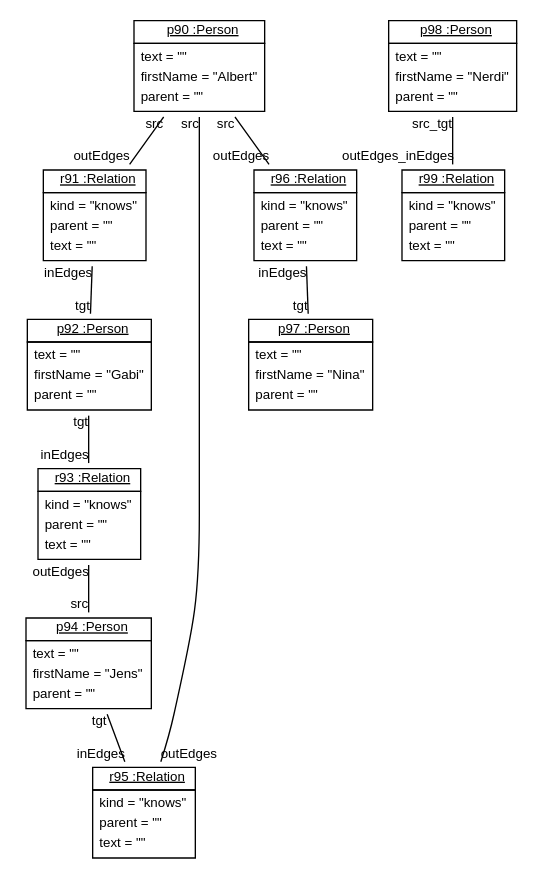
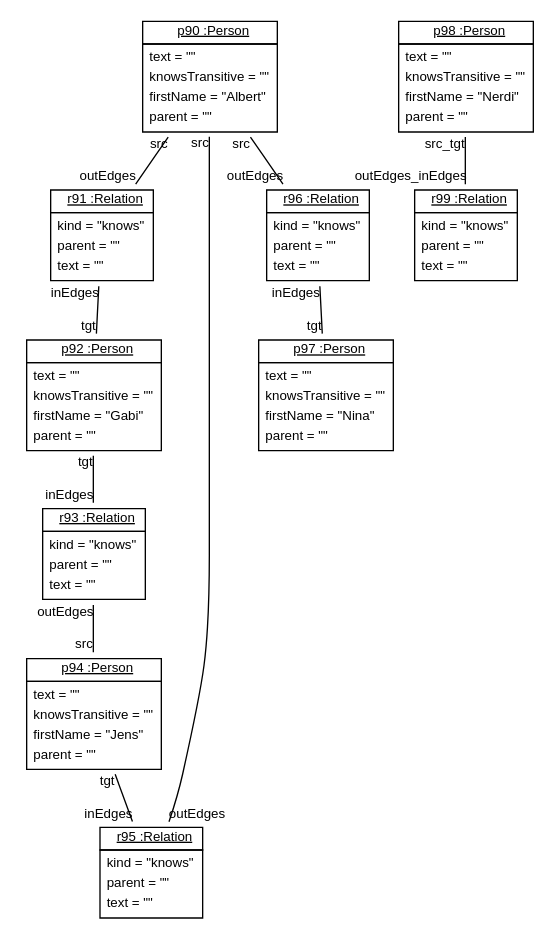
One commit to fujaba/SDMLib changed the diagram in doc/BanfM2MTransformation53.dot. Above: the diagram before and after it, drawn with Graphviz. The commit also changed 222 other files, not shown here.

```diff
--- a/doc/BanfM2MTransformation53.dot
+++ b/doc/BanfM2MTransformation53.dot
@@ -1,26 +1,26 @@
 graph ObjectDiagram {
    node [shape = none, fontsize = 10, fontname = "Arial"];
    edge [fontsize = 10, fontname = "Arial"];
    compound=true;
 
-p90 [label=<<table border='0' cellborder='1' cellspacing='0'> <tr> <td href="../examples/org/sdmlib/examples/m2m/Person.java"> <u>p90 :Person</u></td></tr><tr><td><table border='0' cellborder='0' cellspacing='0'><tr><td align='left'>text = ""</td></tr><tr><td align='left'>firstName = "Albert"</td></tr><tr><td align='left'>parent = ""</td></tr></table></td></tr></table>>];
+p90 [label=<<table border='0' cellborder='1' cellspacing='0'> <tr> <td href="../examples/org/sdmlib/examples/m2m/Person.java"> <u>p90 :Person</u></td></tr><tr><td><table border='0' cellborder='0' cellspacing='0'><tr><td align='left'>text = ""</td></tr><tr><td align='left'>knowsTransitive = ""</td></tr><tr><td align='left'>firstName = "Albert"</td></tr><tr><td align='left'>parent = ""</td></tr></table></td></tr></table>>];
 r91 [label=<<table border='0' cellborder='1' cellspacing='0'> <tr> <td href="../examples/org/sdmlib/examples/m2m/Relation.java"> <u>r91 :Relation</u></td></tr><tr><td><table border='0' cellborder='0' cellspacing='0'><tr><td align='left'>kind = "knows"</td></tr><tr><td align='left'>parent = ""</td></tr><tr><td align='left'>text = ""</td></tr></table></td></tr></table>>];
-p92 [label=<<table border='0' cellborder='1' cellspacing='0'> <tr> <td href="../examples/org/sdmlib/examples/m2m/Person.java"> <u>p92 :Person</u></td></tr><tr><td><table border='0' cellborder='0' cellspacing='0'><tr><td align='left'>text = ""</td></tr><tr><td align='left'>firstName = "Gabi"</td></tr><tr><td align='left'>parent = ""</td></tr></table></td></tr></table>>];
+p92 [label=<<table border='0' cellborder='1' cellspacing='0'> <tr> <td href="../examples/org/sdmlib/examples/m2m/Person.java"> <u>p92 :Person</u></td></tr><tr><td><table border='0' cellborder='0' cellspacing='0'><tr><td align='left'>text = ""</td></tr><tr><td align='left'>knowsTransitive = ""</td></tr><tr><td align='left'>firstName = "Gabi"</td></tr><tr><td align='left'>parent = ""</td></tr></table></td></tr></table>>];
 r93 [label=<<table border='0' cellborder='1' cellspacing='0'> <tr> <td href="../examples/org/sdmlib/examples/m2m/Relation.java"> <u>r93 :Relation</u></td></tr><tr><td><table border='0' cellborder='0' cellspacing='0'><tr><td align='left'>kind = "knows"</td></tr><tr><td align='left'>parent = ""</td></tr><tr><td align='left'>text = ""</td></tr></table></td></tr></table>>];
-p94 [label=<<table border='0' cellborder='1' cellspacing='0'> <tr> <td href="../examples/org/sdmlib/examples/m2m/Person.java"> <u>p94 :Person</u></td></tr><tr><td><table border='0' cellborder='0' cellspacing='0'><tr><td align='left'>text = ""</td></tr><tr><td align='left'>firstName = "Jens"</td></tr><tr><td align='left'>parent = ""</td></tr></table></td></tr></table>>];
+p94 [label=<<table border='0' cellborder='1' cellspacing='0'> <tr> <td href="../examples/org/sdmlib/examples/m2m/Person.java"> <u>p94 :Person</u></td></tr><tr><td><table border='0' cellborder='0' cellspacing='0'><tr><td align='left'>text = ""</td></tr><tr><td align='left'>knowsTransitive = ""</td></tr><tr><td align='left'>firstName = "Jens"</td></tr><tr><td align='left'>parent = ""</td></tr></table></td></tr></table>>];
 r95 [label=<<table border='0' cellborder='1' cellspacing='0'> <tr> <td href="../examples/org/sdmlib/examples/m2m/Relation.java"> <u>r95 :Relation</u></td></tr><tr><td><table border='0' cellborder='0' cellspacing='0'><tr><td align='left'>kind = "knows"</td></tr><tr><td align='left'>parent = ""</td></tr><tr><td align='left'>text = ""</td></tr></table></td></tr></table>>];
 r96 [label=<<table border='0' cellborder='1' cellspacing='0'> <tr> <td href="../examples/org/sdmlib/examples/m2m/Relation.java"> <u>r96 :Relation</u></td></tr><tr><td><table border='0' cellborder='0' cellspacing='0'><tr><td align='left'>kind = "knows"</td></tr><tr><td align='left'>parent = ""</td></tr><tr><td align='left'>text = ""</td></tr></table></td></tr></table>>];
-p97 [label=<<table border='0' cellborder='1' cellspacing='0'> <tr> <td href="../examples/org/sdmlib/examples/m2m/Person.java"> <u>p97 :Person</u></td></tr><tr><td><table border='0' cellborder='0' cellspacing='0'><tr><td align='left'>text = ""</td></tr><tr><td align='left'>firstName = "Nina"</td></tr><tr><td align='left'>parent = ""</td></tr></table></td></tr></table>>];
-p98 [label=<<table border='0' cellborder='1' cellspacing='0'> <tr> <td href="../examples/org/sdmlib/examples/m2m/Person.java"> <u>p98 :Person</u></td></tr><tr><td><table border='0' cellborder='0' cellspacing='0'><tr><td align='left'>text = ""</td></tr><tr><td align='left'>firstName = "Nerdi"</td></tr><tr><td align='left'>parent = ""</td></tr></table></td></tr></table>>];
+p97 [label=<<table border='0' cellborder='1' cellspacing='0'> <tr> <td href="../examples/org/sdmlib/examples/m2m/Person.java"> <u>p97 :Person</u></td></tr><tr><td><table border='0' cellborder='0' cellspacing='0'><tr><td align='left'>text = ""</td></tr><tr><td align='left'>knowsTransitive = ""</td></tr><tr><td align='left'>firstName = "Nina"</td></tr><tr><td align='left'>parent = ""</td></tr></table></td></tr></table>>];
+p98 [label=<<table border='0' cellborder='1' cellspacing='0'> <tr> <td href="../examples/org/sdmlib/examples/m2m/Person.java"> <u>p98 :Person</u></td></tr><tr><td><table border='0' cellborder='0' cellspacing='0'><tr><td align='left'>text = ""</td></tr><tr><td align='left'>knowsTransitive = ""</td></tr><tr><td align='left'>firstName = "Nerdi"</td></tr><tr><td align='left'>parent = ""</td></tr></table></td></tr></table>>];
 r99 [label=<<table border='0' cellborder='1' cellspacing='0'> <tr> <td href="../examples/org/sdmlib/examples/m2m/Relation.java"> <u>r99 :Relation</u></td></tr><tr><td><table border='0' cellborder='0' cellspacing='0'><tr><td align='left'>kind = "knows"</td></tr><tr><td align='left'>parent = ""</td></tr><tr><td align='left'>text = ""</td></tr></table></td></tr></table>>];
 
 p90 -- r91 [headlabel = "outEdges" taillabel = "src"];
 p90 -- r95 [headlabel = "outEdges" taillabel = "src"];
 p90 -- r96 [headlabel = "outEdges" taillabel = "src"];
 r91 -- p92 [headlabel = "tgt" taillabel = "inEdges"];
 p92 -- r93 [headlabel = "inEdges" taillabel = "tgt"];
 r93 -- p94 [headlabel = "src" taillabel = "outEdges"];
 p94 -- r95 [headlabel = "inEdges" taillabel = "tgt"];
 r96 -- p97 [headlabel = "tgt" taillabel = "inEdges"];
 p98 -- r99 [headlabel = "outEdges_inEdges" taillabel = "src_tgt"];
 }
```
